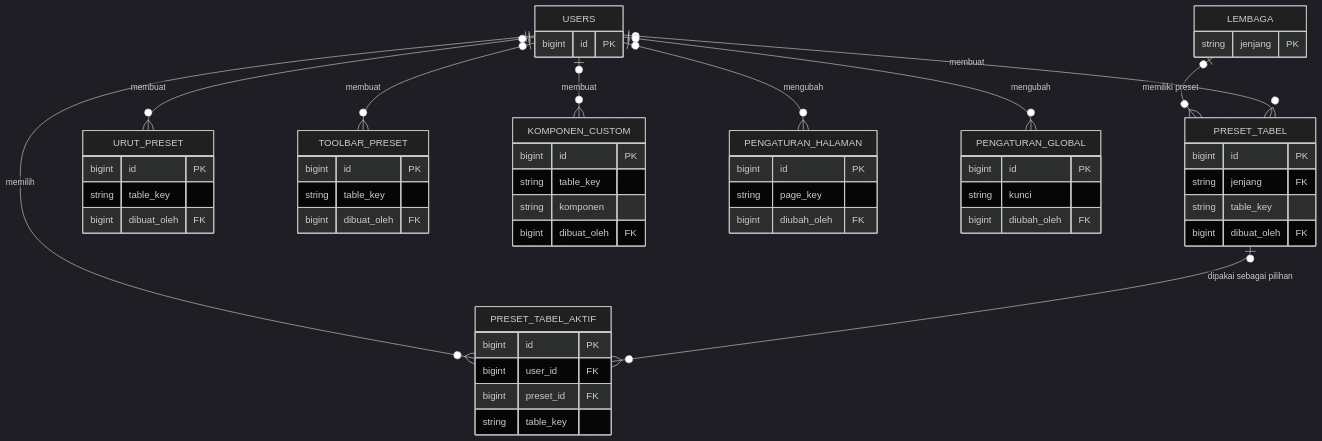
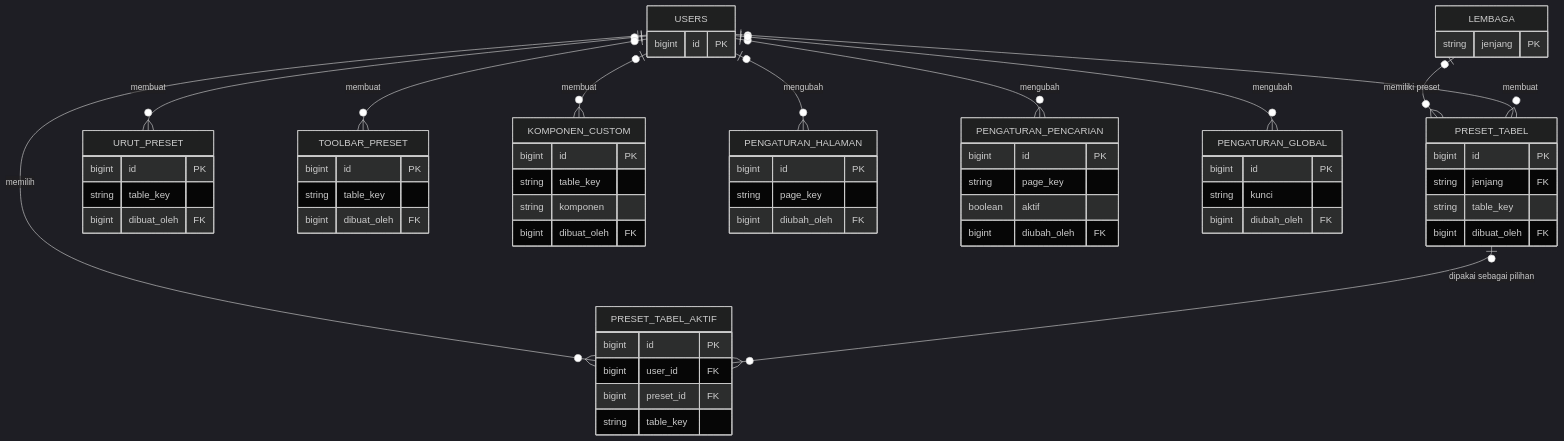
One commit to asjach/sistem-pesantren changed the third of 9 diagrams in docs/ERD.md. Above: the diagram before and after it, drawn with Mermaid (dark theme). The commit also changed 47 other files, not shown here.

````diff
--- a/docs/ERD.md
+++ b/docs/ERD.md
@@ -280,57 +280,64 @@
 ```mermaid
 erDiagram
     USERS {
         bigint id PK
     }
     LEMBAGA {
         string jenjang PK
     }
     PRESET_TABEL {
         bigint id PK
         string jenjang FK
         string table_key
         bigint dibuat_oleh FK
     }
     PRESET_TABEL_AKTIF {
         bigint id PK
         bigint user_id FK
         bigint preset_id FK
         string table_key
     }
     URUT_PRESET {
         bigint id PK
         string table_key
         bigint dibuat_oleh FK
     }
     TOOLBAR_PRESET {
         bigint id PK
         string table_key
         bigint dibuat_oleh FK
     }
     KOMPONEN_CUSTOM {
         bigint id PK
         string table_key
         string komponen
         bigint dibuat_oleh FK
     }
     PENGATURAN_HALAMAN {
         bigint id PK
         string page_key
         bigint diubah_oleh FK
     }
+    PENGATURAN_PENCARIAN {
+        bigint id PK
+        string page_key
+        boolean aktif
+        bigint diubah_oleh FK
+    }
     PENGATURAN_GLOBAL {
         bigint id PK
         string kunci
         bigint diubah_oleh FK
     }
 
     LEMBAGA o|--o{ PRESET_TABEL : "memiliki preset"
     USERS o|--o{ PRESET_TABEL : "membuat"
     USERS ||--o{ PRESET_TABEL_AKTIF : "memilih"
     PRESET_TABEL o|--o{ PRESET_TABEL_AKTIF : "dipakai sebagai pilihan"
     USERS o|--o{ URUT_PRESET : "membuat"
     USERS o|--o{ TOOLBAR_PRESET : "membuat"
     USERS o|--o{ KOMPONEN_CUSTOM : "membuat"
     USERS o|--o{ PENGATURAN_HALAMAN : "mengubah"
+    USERS o|--o{ PENGATURAN_PENCARIAN : "mengubah"
     USERS o|--o{ PENGATURAN_GLOBAL : "mengubah"
 ```
````
